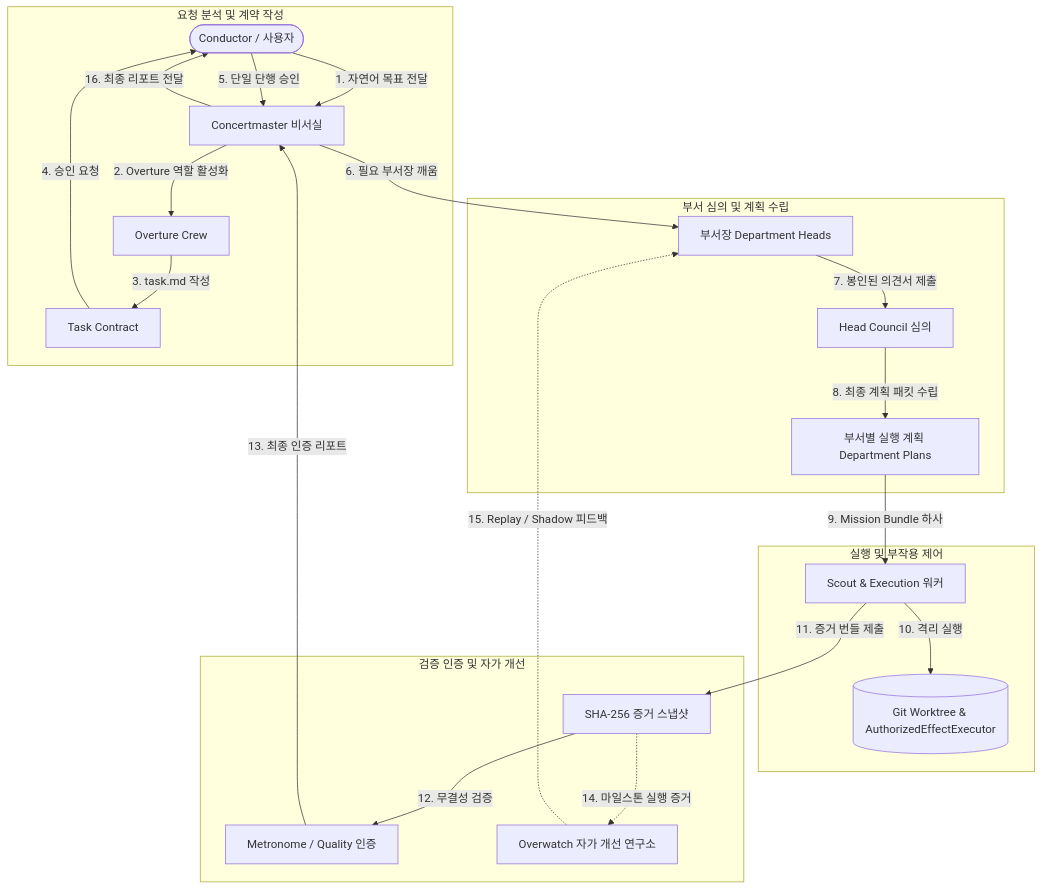
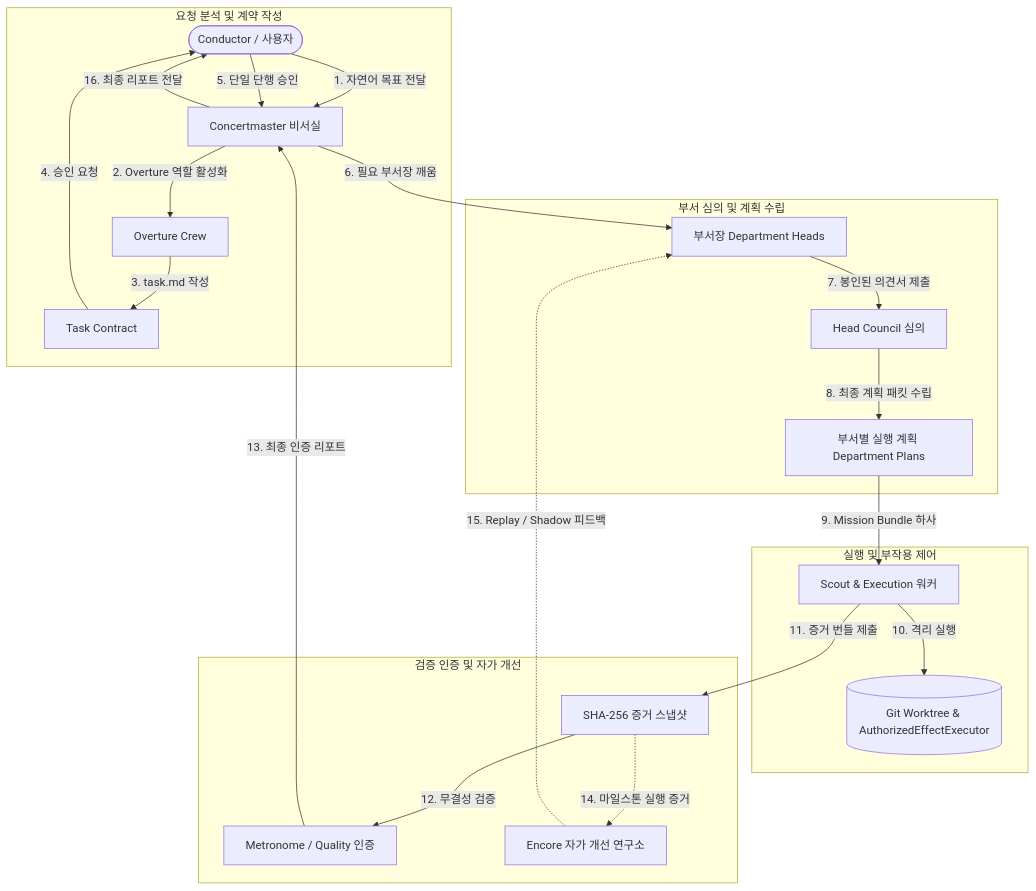
One commit to noth3dev/maestro changed the diagram in docs/ko/README.md. Above: the diagram before and after it, drawn with Mermaid. The commit also changed other lines of this file and 6 other files, not shown here.

````diff
--- a/docs/ko/README.md
+++ b/docs/ko/README.md
@@ -61,33 +61,33 @@
 ```mermaid
 flowchart TD
     CONDUCTOR([Conductor / 사용자]) -->|1. 자연어 목표 전달| CONCERTMASTER[Concertmaster 비서실]
     
     subgraph IntakePhase [요청 분석 및 계약 작성]
         CONCERTMASTER -->|2. Overture 역할 활성화| OC[Overture Crew]
         OC -->|3. task.md 작성| TC[Task Contract]
         TC -->|4. 승인 요청| CONDUCTOR
     end
     
     CONDUCTOR -->|5. 단일 단행 승인| CONCERTMASTER
     
     subgraph DeliberationPhase [부서 심의 및 계획 수립]
         CONCERTMASTER -->|6. 필요 부서장 깨움| DH[부서장 Department Heads]
         DH -->|7. 봉인된 의견서 제출| HC[Head Council 심의]
         HC -->|8. 최종 계획 패킷 수립| DP[부서별 실행 계획 Department Plans]
     end
     
     subgraph ExecutionPhase [실행 및 부작용 제어]
         DP -->|9. Mission Bundle 하사| W[Scout & Execution 워커]
         W -->|10. 격리 실행| GIT[(Git Worktree & AuthorizedEffectExecutor)]
     end
     
     subgraph VerificationPhase [검증 인증 및 자가 개선]
         W -->|11. 증거 번들 제출| EB[SHA-256 증거 스냅샷]
         EB -->|12. 무결성 검증| METRONOME[Metronome / Quality 인증]
         METRONOME -->|13. 최종 인증 리포트| CONCERTMASTER
-        EB -.->|14. 마일스톤 실행 증거| OW[Overwatch 자가 개선 연구소]
+        EB -.->|14. 마일스톤 실행 증거| OW[Encore 자가 개선 연구소]
         OW -.->|15. Replay / Shadow 피드백| DH
     end
     
     CONCERTMASTER -->|16. 최종 리포트 전달| CONDUCTOR
 ```
````
